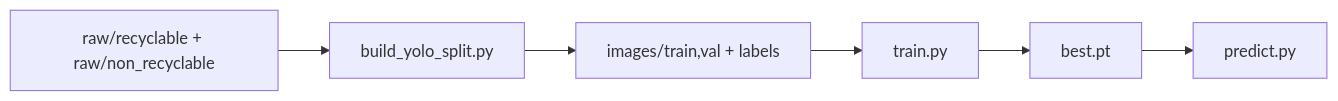
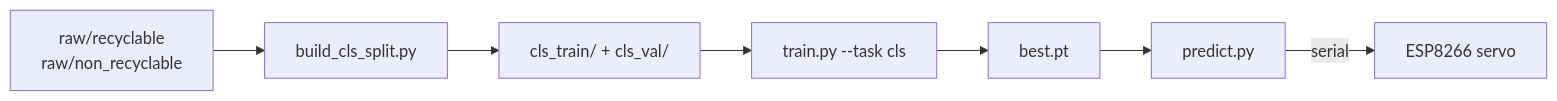
Before and after one commit to xuanthe1908/Yolov8_recycleTrash: the diagram in README.md, drawn with Mermaid. The commit also changed other lines of this file and 21588 other files, not shown here.

````diff
--- a/README.md
+++ b/README.md
@@ -16,8 +14,9 @@
 ```mermaid
 flowchart LR
-  A[raw/recyclable + raw/non_recyclable] --> B[build_yolo_split.py]
-  B --> C[images/train,val + labels]
-  C --> D[train.py]
+  A[raw/recyclable\nraw/non_recyclable] --> B[build_cls_split.py]
+  B --> C[cls_train/ + cls_val/]
+  C --> D[train.py --task cls]
   D --> E[best.pt]
   E --> F[predict.py]
+  F -->|serial| G[ESP8266 servo]
 ```
````
